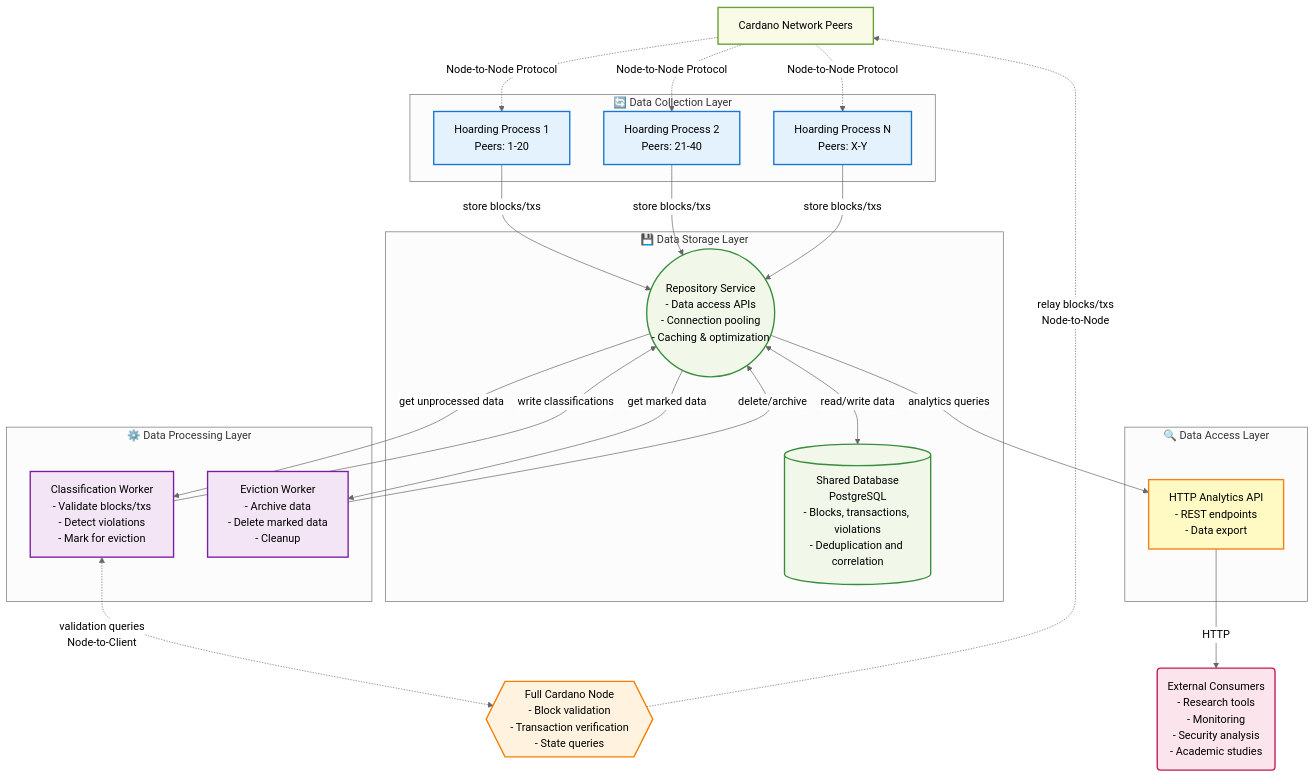
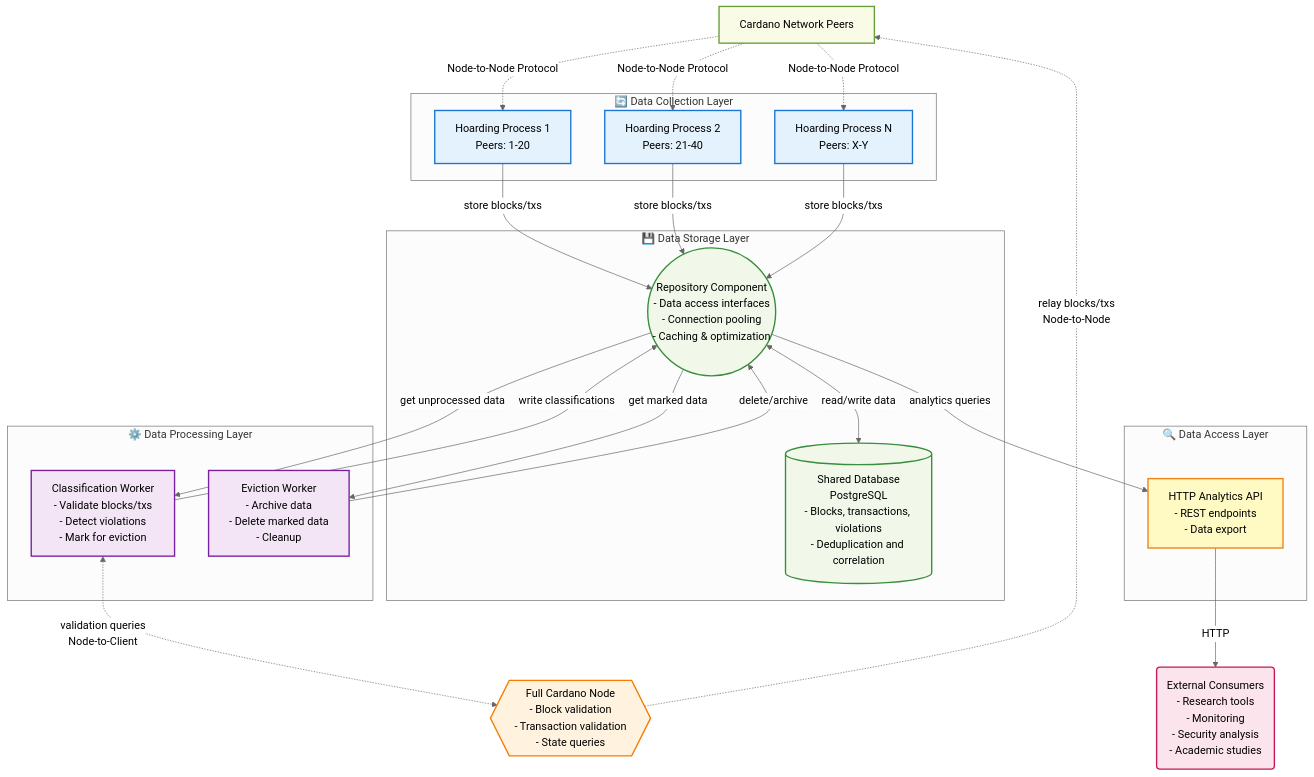
The diagram in docs/CIP-XXXX.md (tweag/cardano-hoarding-node), drawn with Mermaid (neutral theme) before and after one commit. The commit also changed other lines of this file, not shown here.

````diff
--- a/docs/CIP-XXXX.md
+++ b/docs/CIP-XXXX.md
@@ -60,75 +80,75 @@
 ```mermaid
 graph TD
     %% Network Input
 
     %% Data Access Subgraph
     subgraph Access ["🔍 Data Access Layer"]
         E[HTTP Analytics API<br/>- REST endpoints<br/>- Data export]
     end
 
     A[Cardano Network Peers]
 
     %% Data Collection Subgraph
     subgraph Collection ["🔄 Data Collection Layer"]
         B1[Hoarding Process 1<br/>Peers: 1-20]
         B2[Hoarding Process 2<br/>Peers: 21-40]
         BN[Hoarding Process N<br/>Peers: X-Y]
     end
 
     %% Data Storage Subgraph
     subgraph Storage ["💾 Data Storage Layer"]
-        R((Repository Service<br/>- Data access APIs<br/>- Connection pooling<br/>- Caching & optimization))
+        R((Repository Component<br/>- Data access interfaces<br/>- Connection pooling<br/>- Caching & optimization))
         C[(Shared Database<br/>PostgreSQL<br/>- Blocks, transactions, violations<br/>- Deduplication and correlation)]
     end
 
     %% Data Processing Subgraph
     subgraph Processing ["⚙️ Data Processing Layer"]
         D1[Classification Worker<br/>- Validate blocks/txs<br/>- Detect violations<br/>- Mark for eviction]
         D2[Eviction Worker<br/>- Archive data<br/>- Delete marked data<br/>- Cleanup]
     end
 
     %% External Components
     F(External Consumers<br/>- Research tools<br/>- Monitoring<br/>- Security analysis<br/>- Academic studies)
-    G{{Full Cardano Node<br/>- Block validation<br/>- Transaction verification<br/>- State queries}}
+    G{{Full Cardano Node<br/>- Block validation<br/>- Transaction validation<br/>- State queries}}
 
     %% Network Protocol Connections
     A -.->|Node-to-Node Protocol| B1
     A -.->|Node-to-Node Protocol| B2
     A -.->|Node-to-Node Protocol| BN
 
     %% Data Flow Connections
     B1 -->|store blocks/txs| R
     B2 -->|store blocks/txs| R
     BN -->|store blocks/txs| R
 
     R <-->|read/write data| C
 
     R -->|get unprocessed data| D1
     D1 -->|write classifications| R
     R -->|get marked data| D2
     D2 -->|delete/archive| R
     R -->|analytics queries| E
 
     E -->|HTTP| F
 
     %% Validation and Network Connections
     D1 <-.->|validation queries<br/>Node-to-Client| G
     G -.->|relay blocks/txs<br/>Node-to-Node| A
 
     %% Enhanced Styling
     classDef collectionClass fill:#e3f2fd,stroke:#1976d2,stroke-width:2px
     classDef storageClass fill:#f1f8e9,stroke:#388e3c,stroke-width:2px
     classDef processingClass fill:#f3e5f5,stroke:#7b1fa2,stroke-width:2px
     classDef accessClass fill:#fff9c4,stroke:#f57f17,stroke-width:2px
     classDef externalClass fill:#fff3e0,stroke:#f57c00,stroke-width:2px
     classDef consumerClass fill:#fce4ec,stroke:#c2185b,stroke-width:2px
     classDef networkClass fill:#f9fbe7,stroke:#689f38,stroke-width:2px
 
     class B1,B2,BN collectionClass
     class R,C storageClass
     class D1,D2 processingClass
     class E accessClass
     class G externalClass
     class F consumerClass
     class A networkClass
 ```
````
